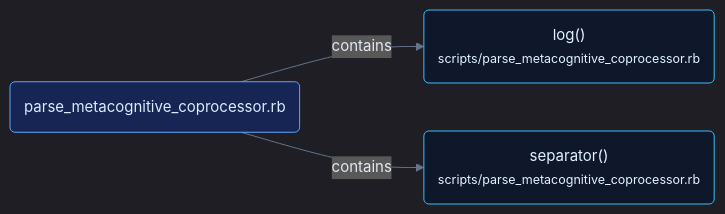
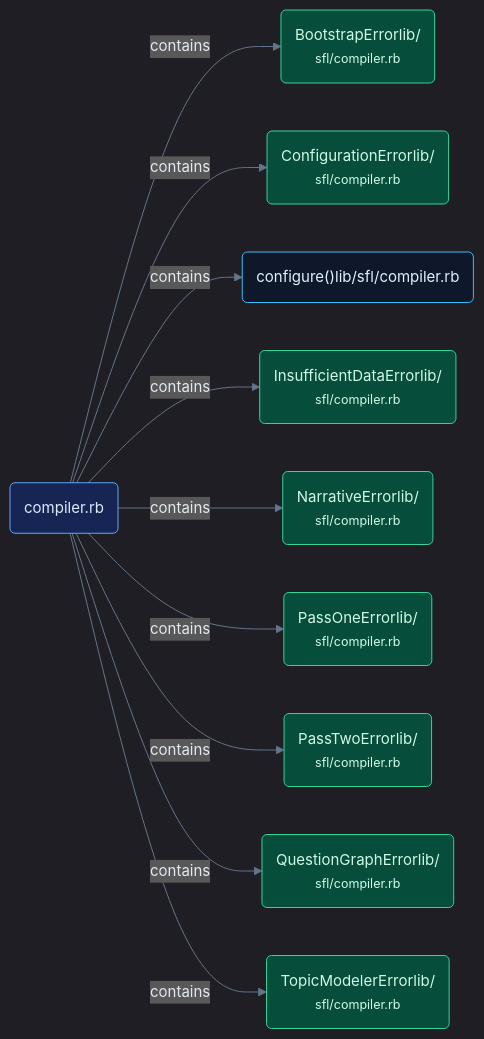
One commit to b08x/ruby-sfl-compiler changed the diagram in docs/diagrams/callflow_14.mmd. Above: the diagram before and after it, drawn with Mermaid. The commit also changed 26 other files, not shown here.

First line of the commit message:
📝 docs: document modules, update architecture and roadmap

```diff
--- a/docs/diagrams/callflow_14.mmd
+++ b/docs/diagrams/callflow_14.mmd
@@ -1,20 +1,41 @@
 %%{init: {"theme": "dark", "themeVariables": {"fontSize": "15.0px", "fontFamily": "Segoe UI, system-ui, sans-serif", "primaryColor": "#1e293b", "primaryTextColor": "#e2e8f0", "primaryBorderColor": "#38bdf8", "secondaryColor": "#0f172a", "tertiaryColor": "#334155", "lineColor": "#64748b", "textColor": "#e2e8f0"}, "flowchart": {"htmlLabels": true, "curve": "basis", "nodeSpacing": 48, "rankSpacing": 64, "padding": 14, "diagramPadding": 10, "useMaxWidth": true}}}%%
 flowchart LR
-    %% Section: Cohesion Analysis (3 nodes, 2 edges)
-    scripts_parse_metacognitive_coprocessor_665feac7("parse_metacognitive_coprocessor.rb")
-    scripts_parse_metacognitive_coprocessor_log_4b3307f5("log()<br/><small>scripts/parse_metacognitive_coprocessor.rb</small>")
-    scripts_parse_metacognitive_coprocessor_separato_39b10a7d("separator()<br/><small>scripts/parse_metacognitive_coprocessor.rb</small>")
-    scripts_parse_metacognitive_coprocessor_665feac7 -->|contains| scripts_parse_metacognitive_coprocessor_log_4b3307f5
-    scripts_parse_metacognitive_coprocessor_665feac7 -->|contains| scripts_parse_metacognitive_coprocessor_separato_39b10a7d
-    class scripts_parse_metacognitive_coprocessor_665feac7 module;
-    class scripts_parse_metacognitive_coprocessor_log_4b3307f5 function;
-    class scripts_parse_metacognitive_coprocessor_separato_39b10a7d function;
+    %% Section: Markdown Loading (10 nodes, 9 edges)
+    lib_sfl_compiler_rb_sfl_compiler_ecdfa8e7("compiler.rb")
+    sfl_compiler_bootstraperror_8501901d("BootstrapErrorlib/<br/><small>sfl/compiler.rb</small>")
+    sfl_compiler_configurationerror_243f3225("ConfigurationErrorlib/<br/><small>sfl/compiler.rb</small>")
+    sfl_compiler_configure_6d77cc62("configure()lib/sfl/compiler.rb")
+    sfl_compiler_insufficientdataerror_ca67f8d5("InsufficientDataErrorlib/<br/><small>sfl/compiler.rb</small>")
+    sfl_compiler_narrativeerror_0a69e4c2("NarrativeErrorlib/<br/><small>sfl/compiler.rb</small>")
+    sfl_compiler_passoneerror_aaa79db1("PassOneErrorlib/<br/><small>sfl/compiler.rb</small>")
+    sfl_compiler_passtwoerror_952a5c22("PassTwoErrorlib/<br/><small>sfl/compiler.rb</small>")
+    sfl_compiler_questiongrapherror_63b07693("QuestionGraphErrorlib/<br/><small>sfl/compiler.rb</small>")
+    sfl_compiler_topicmodelererror_e4ac078f("TopicModelerErrorlib/<br/><small>sfl/compiler.rb</small>")
+    lib_sfl_compiler_rb_sfl_compiler_ecdfa8e7 -->|contains| sfl_compiler_bootstraperror_8501901d
+    lib_sfl_compiler_rb_sfl_compiler_ecdfa8e7 -->|contains| sfl_compiler_configurationerror_243f3225
+    lib_sfl_compiler_rb_sfl_compiler_ecdfa8e7 -->|contains| sfl_compiler_configure_6d77cc62
+    lib_sfl_compiler_rb_sfl_compiler_ecdfa8e7 -->|contains| sfl_compiler_insufficientdataerror_ca67f8d5
+    lib_sfl_compiler_rb_sfl_compiler_ecdfa8e7 -->|contains| sfl_compiler_narrativeerror_0a69e4c2
+    lib_sfl_compiler_rb_sfl_compiler_ecdfa8e7 -->|contains| sfl_compiler_passoneerror_aaa79db1
+    lib_sfl_compiler_rb_sfl_compiler_ecdfa8e7 -->|contains| sfl_compiler_passtwoerror_952a5c22
+    lib_sfl_compiler_rb_sfl_compiler_ecdfa8e7 -->|contains| sfl_compiler_questiongrapherror_63b07693
+    lib_sfl_compiler_rb_sfl_compiler_ecdfa8e7 -->|contains| sfl_compiler_topicmodelererror_e4ac078f
+    class lib_sfl_compiler_rb_sfl_compiler_ecdfa8e7 module;
+    class sfl_compiler_bootstraperror_8501901d klass;
+    class sfl_compiler_configurationerror_243f3225 klass;
+    class sfl_compiler_configure_6d77cc62 function;
+    class sfl_compiler_insufficientdataerror_ca67f8d5 klass;
+    class sfl_compiler_narrativeerror_0a69e4c2 klass;
+    class sfl_compiler_passoneerror_aaa79db1 klass;
+    class sfl_compiler_passtwoerror_952a5c22 klass;
+    class sfl_compiler_questiongrapherror_63b07693 klass;
+    class sfl_compiler_topicmodelererror_e4ac078f klass;
     classDef entry fill:#422006,stroke:#fbbf24,color:#fde68a,stroke-width:1px;
     classDef api fill:#450a0a,stroke:#f87171,color:#fee2e2,stroke-width:1px;
     classDef async fill:#2e1065,stroke:#a78bfa,color:#ede9fe,stroke-width:1px;
     classDef klass fill:#064e3b,stroke:#34d399,color:#d1fae5,stroke-width:1px;
     classDef ui fill:#831843,stroke:#f472b6,color:#fce7f3,stroke-width:1px;
     classDef module fill:#172554,stroke:#60a5fa,color:#dbeafe,stroke-width:1px;
     classDef test fill:#3f3f46,stroke:#a1a1aa,color:#f4f4f5,stroke-width:1px;
     classDef concept fill:#292524,stroke:#a8a29e,color:#fafaf9,stroke-dasharray:4 3;
     classDef function fill:#0f172a,stroke:#38bdf8,color:#e0f2fe,stroke-width:1px;
```
